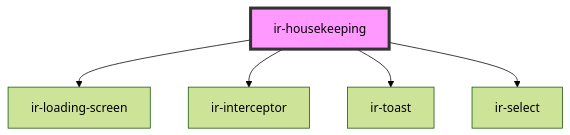
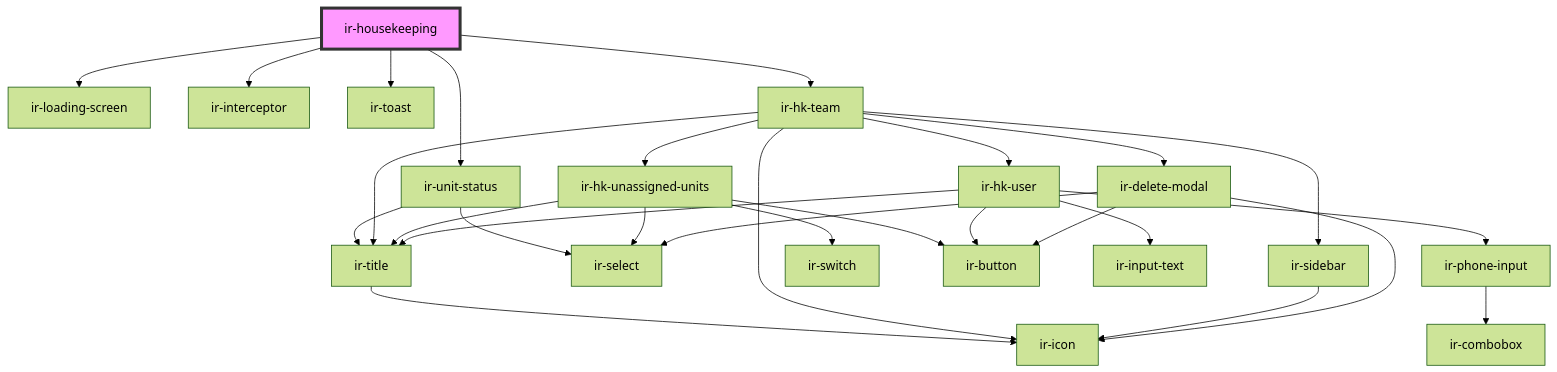
Before and after one commit to RonyRizk/ir-webcmp: the diagram in src/components/ir-housekeeping/readme.md, drawn with Mermaid (forest theme). The commit also changed other lines of this file and 102 other files, not shown here.

````diff
--- a/src/components/ir-housekeeping/readme.md
+++ b/src/components/ir-housekeeping/readme.md
@@ -28,8 +29,31 @@
 ```mermaid
 graph TD;
   ir-housekeeping --> ir-loading-screen
   ir-housekeeping --> ir-interceptor
   ir-housekeeping --> ir-toast
-  ir-housekeeping --> ir-select
+  ir-housekeeping --> ir-unit-status
+  ir-housekeeping --> ir-hk-team
+  ir-unit-status --> ir-title
+  ir-unit-status --> ir-select
+  ir-title --> ir-icon
+  ir-hk-team --> ir-hk-unassigned-units
+  ir-hk-team --> ir-hk-user
+  ir-hk-team --> ir-title
+  ir-hk-team --> ir-icon
+  ir-hk-team --> ir-sidebar
+  ir-hk-team --> ir-delete-modal
+  ir-hk-unassigned-units --> ir-select
+  ir-hk-unassigned-units --> ir-switch
+  ir-hk-unassigned-units --> ir-title
+  ir-hk-unassigned-units --> ir-button
+  ir-hk-user --> ir-title
+  ir-hk-user --> ir-input-text
+  ir-hk-user --> ir-phone-input
+  ir-hk-user --> ir-button
+  ir-phone-input --> ir-combobox
+  ir-sidebar --> ir-icon
+  ir-delete-modal --> ir-icon
+  ir-delete-modal --> ir-select
+  ir-delete-modal --> ir-button
   style ir-housekeeping fill:#f9f,stroke:#333,stroke-width:4px
 ```
````
